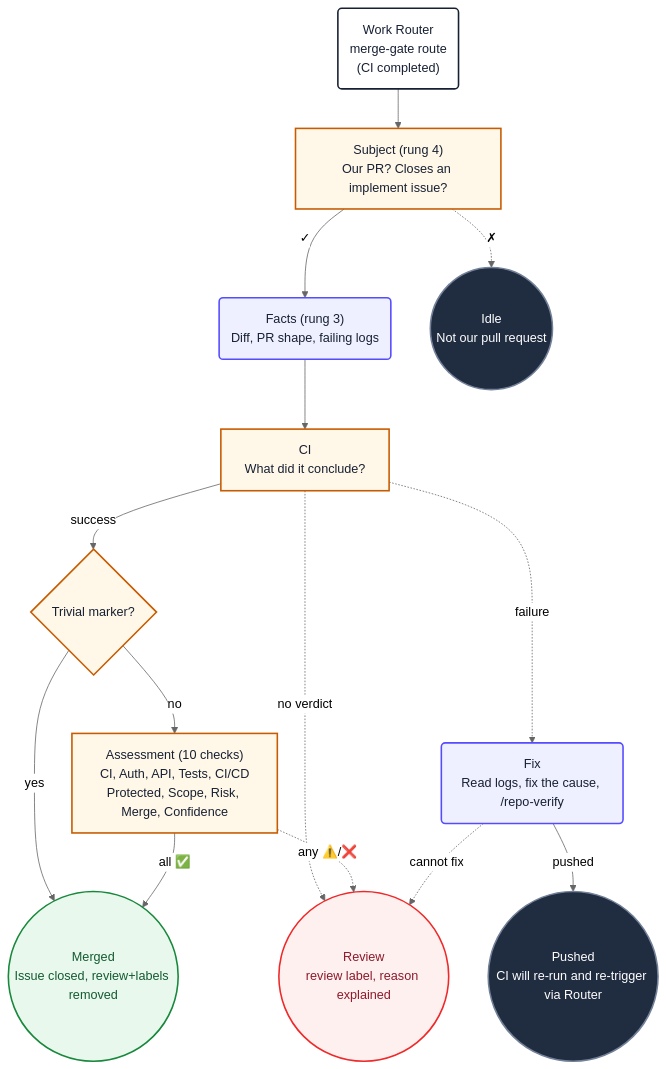
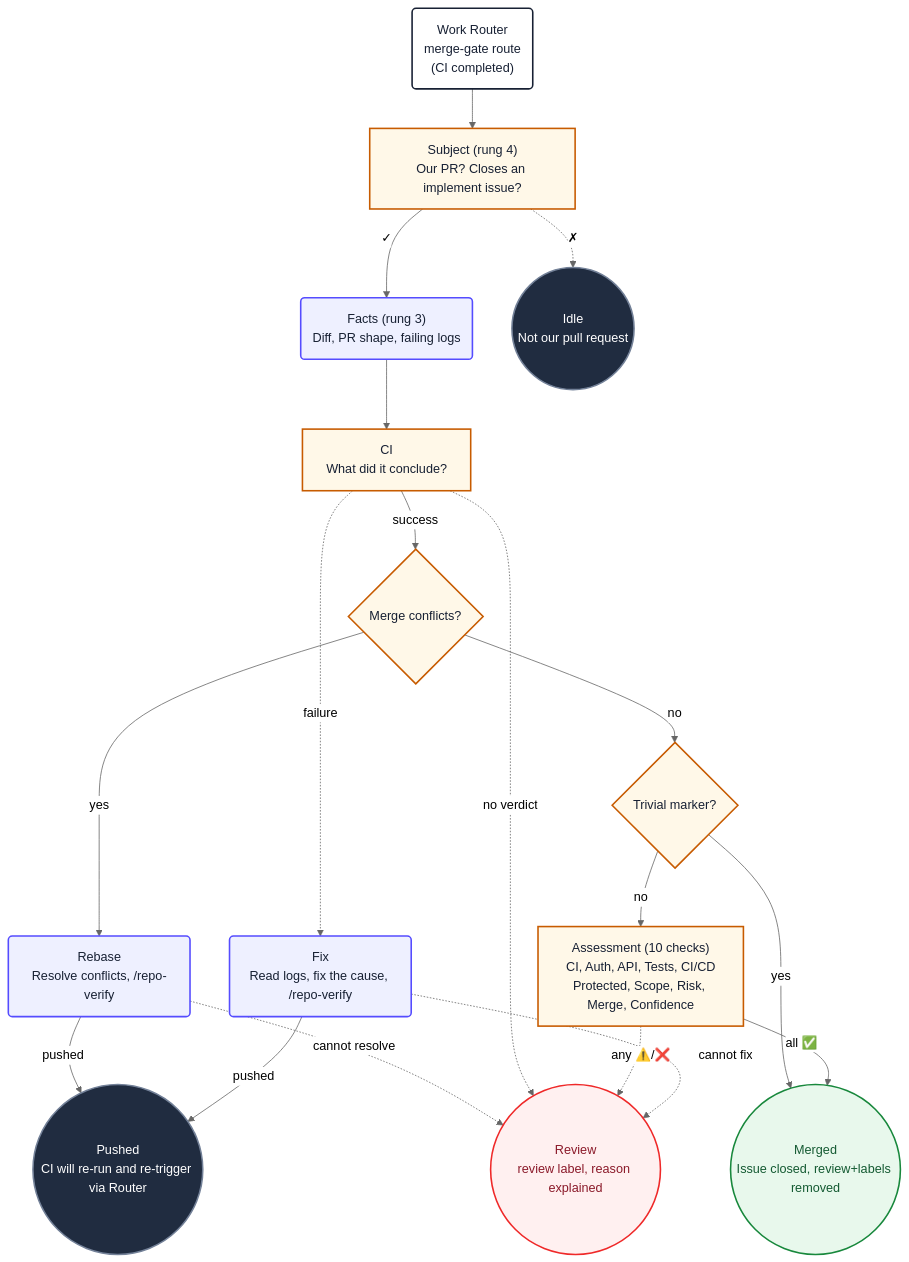
One commit to PlainConceptsPlatform/agentic-workflows changed the diagram in loops/workflows/agent-merge-gate.md. Above: the diagram before and after it, drawn with Mermaid (neutral theme). The commit also changed other lines of this file, not shown here.

First line of the commit message:
feat(merge-gate): resolve merge conflicts when CI is green

````diff
--- a/loops/workflows/agent-merge-gate.md
+++ b/loops/workflows/agent-merge-gate.md
@@ -636,34 +658,39 @@
 ```mermaid
 flowchart TD
     gateStart("Work Router<br/>merge-gate route<br/>(CI completed)") --> gateSubject
     gateSubject["Subject (rung 4)<br/>Our PR? Closes an implement issue?"] -->|✓| gateFacts
     gateSubject -.->|✗| gateIdle
     gateFacts("Facts (rung 3)<br/>Diff, PR shape, failing logs") --> gateCi
-    gateCi["CI<br/>What did it conclude?"] -->|success| gateTrivial
+    gateCi["CI<br/>What did it conclude?"] -->|success| gateConflict
+    gateConflict{"Merge conflicts?"}
+    gateConflict -->|yes| gateRebase
+    gateConflict -->|no| gateTrivial
+    gateRebase("Rebase<br/>Resolve conflicts, /repo-verify") -->|pushed| gateWait
+    gateRebase -.->|cannot resolve| gateHuman
     gateTrivial{"Trivial marker?"}
     gateTrivial -->|yes| gateMerge
     gateTrivial -->|no| gateAssess
     gateCi -.->|failure| gateFix
     gateCi -.->|no verdict| gateHuman
     gateAssess["Assessment (10 checks)<br/>CI, Auth, API, Tests, CI/CD<br/>Protected, Scope, Risk, Merge, Confidence"] -->|all ✅| gateMerge
     gateAssess -.->|any ⚠️/❌| gateHuman
     gateFix("Fix<br/>Read logs, fix the cause, /repo-verify") -->|pushed| gateWait
     gateFix -.->|cannot fix| gateHuman
     gateMerge(("Merged<br/>Issue closed, review+labels removed"))
     gateWait(("Pushed<br/>CI will re-run and re-trigger via Router"))
     gateHuman(("Review<br/>review label, reason explained"))
     gateIdle(("Idle<br/>Not our pull request"))
 
     classDef start fill:#ffffff,stroke:#172033,stroke-width:2px,color:#172033
     classDef action fill:#eef0ff,stroke:#554cff,stroke-width:2px,color:#172033
     classDef decision fill:#fff8e8,stroke:#c75b00,stroke-width:2px,color:#172033
     classDef idle fill:#202c40,stroke:#738198,stroke-width:2px,color:#ffffff
     classDef failure fill:#fff0f0,stroke:#ef2929,stroke-width:2px,color:#8b1a2a
     classDef success fill:#e8f8ec,stroke:#18883c,stroke-width:2px,color:#145a32
     class gateStart start
-    class gateFacts,gateFix action
-    class gateSubject,gateCi,gateAssess,gateTrivial decision
+    class gateFacts,gateFix,gateRebase action
+    class gateSubject,gateCi,gateAssess,gateTrivial,gateConflict decision
     class gateIdle,gateWait idle
     class gateHuman failure
     class gateMerge success
 ```
````
